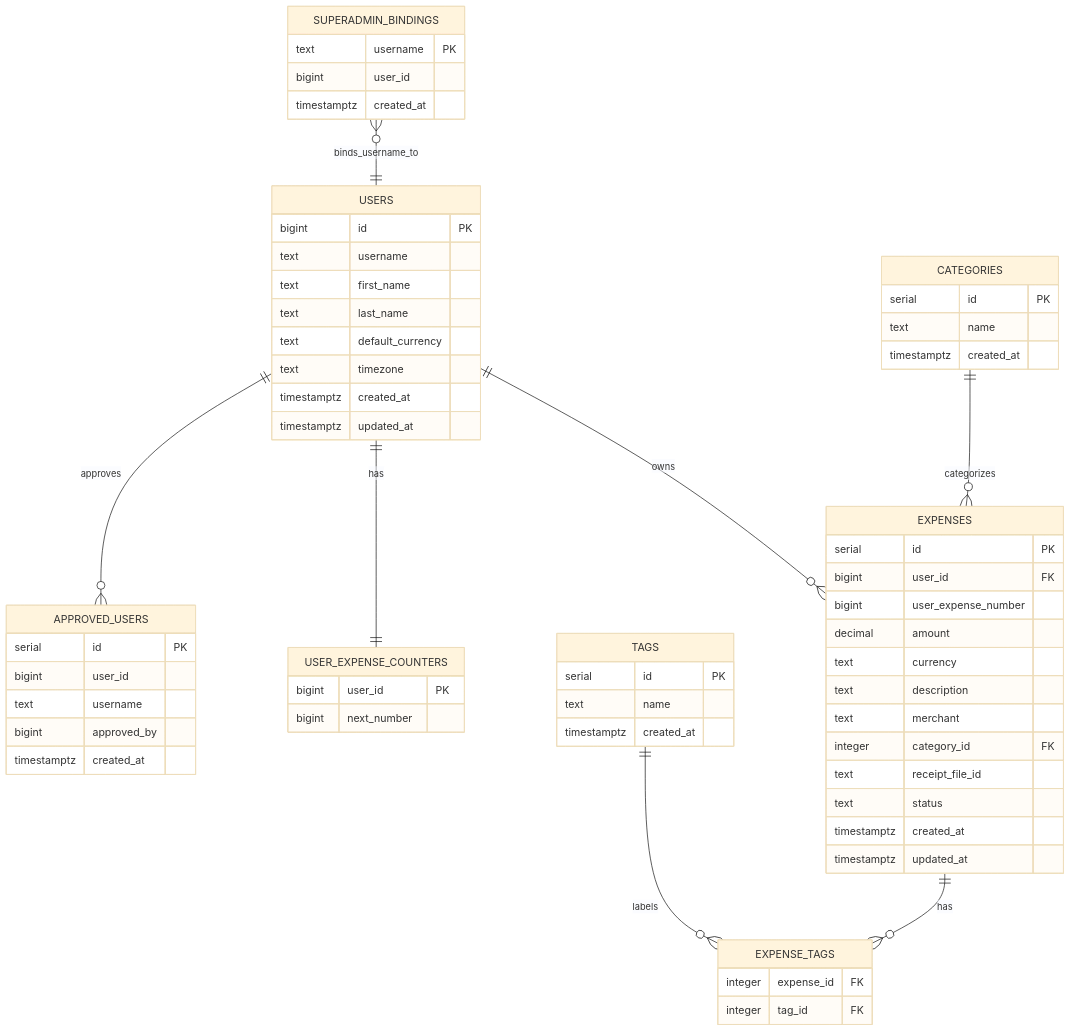
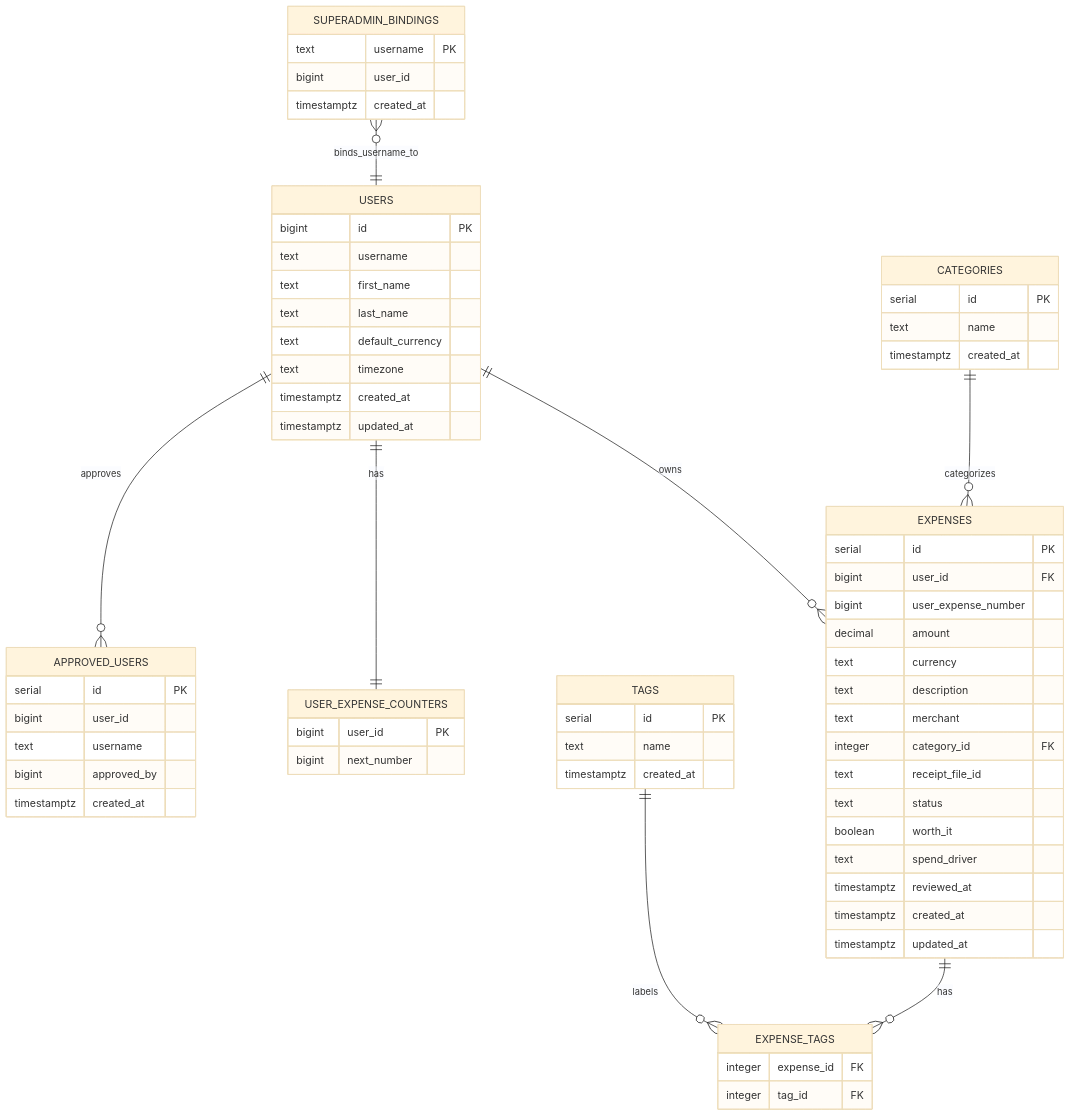
Before and after one commit to yelinaung/expense-bot: the eighth of 8 diagrams in docs/HOW_THIS_BOT_WORKS.md, drawn with Mermaid (base theme). The commit also changed other lines of this file and 6 other files, not shown here.

````diff
--- a/docs/HOW_THIS_BOT_WORKS.md
+++ b/docs/HOW_THIS_BOT_WORKS.md
@@ -329,72 +332,75 @@
 ```mermaid
 erDiagram
     USERS ||--o{ EXPENSES : owns
     USERS ||--|| USER_EXPENSE_COUNTERS : has
     CATEGORIES ||--o{ EXPENSES : categorizes
     EXPENSES ||--o{ EXPENSE_TAGS : has
     TAGS ||--o{ EXPENSE_TAGS : labels
     USERS ||--o{ APPROVED_USERS : approves
     SUPERADMIN_BINDINGS }o--|| USERS : binds_username_to
 
     USERS {
         bigint id PK
         text username
         text first_name
         text last_name
         text default_currency
         text timezone
         timestamptz created_at
         timestamptz updated_at
     }
 
     EXPENSES {
         serial id PK
         bigint user_id FK
         bigint user_expense_number
         decimal amount
         text currency
         text description
         text merchant
         integer category_id FK
         text receipt_file_id
         text status
+        boolean worth_it
+        text spend_driver
+        timestamptz reviewed_at
         timestamptz created_at
         timestamptz updated_at
     }
 
     CATEGORIES {
         serial id PK
         text name
         timestamptz created_at
     }
 
     TAGS {
         serial id PK
         text name
         timestamptz created_at
     }
 
     EXPENSE_TAGS {
         integer expense_id FK
         integer tag_id FK
     }
 
     APPROVED_USERS {
         serial id PK
         bigint user_id
         text username
         bigint approved_by
         timestamptz created_at
     }
 
     SUPERADMIN_BINDINGS {
         text username PK
         bigint user_id
         timestamptz created_at
     }
 
     USER_EXPENSE_COUNTERS {
         bigint user_id PK
         bigint next_number
     }
 ```
````
